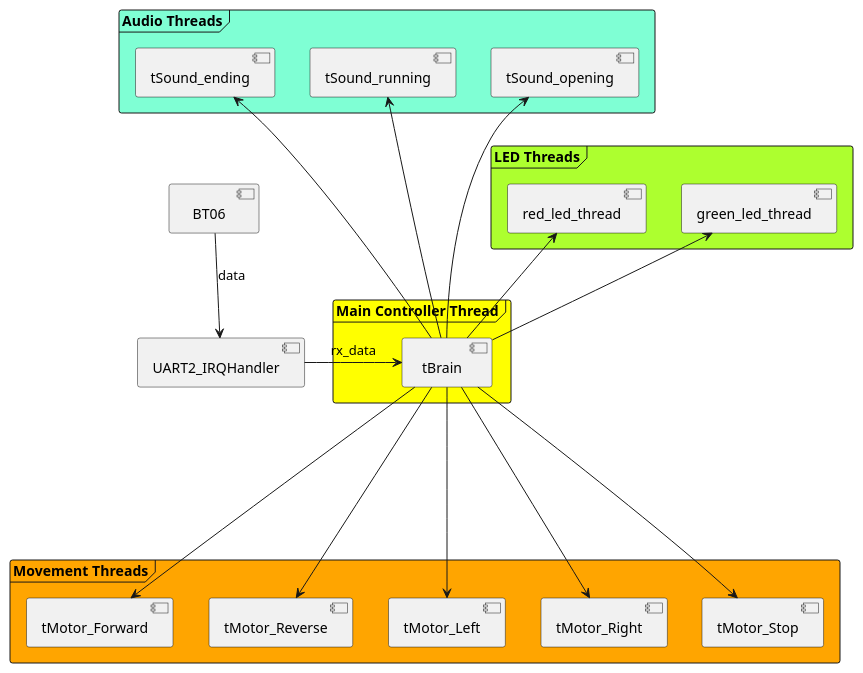
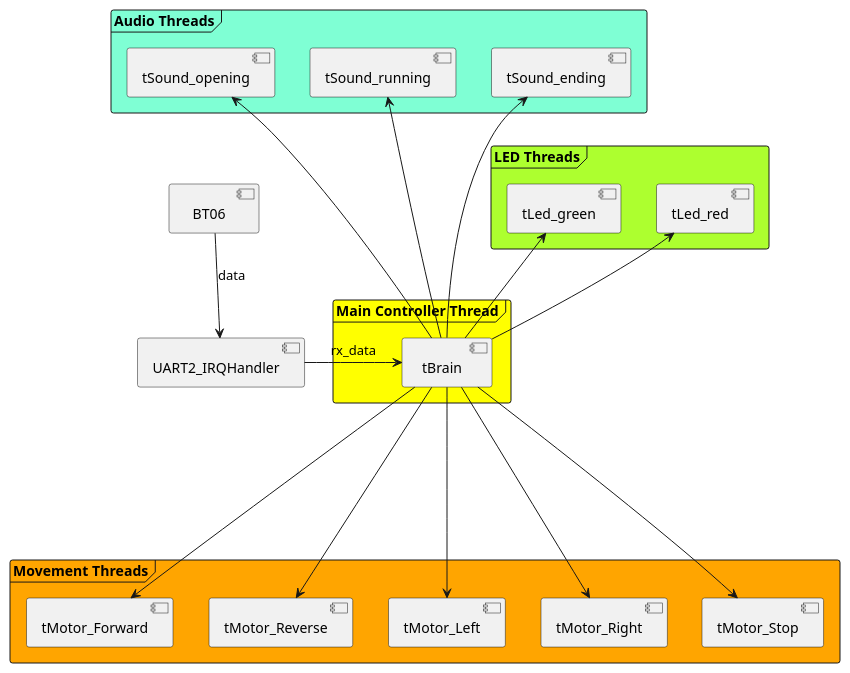
The diagram in diagram/architecture.puml (tienkhoa16/cg2271-project), drawn with PlantUML before and after one commit. The commit also changed 1 other file, not shown here.

Commit message:
Update diagram

```diff
--- a/diagram/architecture.puml
+++ b/diagram/architecture.puml
@@ -1,37 +1,37 @@
 @startuml
 skinparam MinClassWidth 50
 skinparam ParticipantPadding 10
 skinparam Shadowing false
 skinparam DefaultTextAlignment center
 skinparam BackgroundColor #FFFFFFF
 skinparam packageStyle Frame
 skinparam Actor {
     BorderColor navy
 }
 
 [BT06] --> [UART2_IRQHandler] : data
 
 package "Main Controller Thread" #yellow {
     [UART2_IRQHandler] -right-> [tBrain] : rx_data
 }
 
 package "Movement Threads" #orange {
     [tBrain] ----> [tMotor_Forward]
     [tBrain] ----> [tMotor_Reverse]
     [tBrain] ----> [tMotor_Left]
     [tBrain] ----> [tMotor_Right]
     [tBrain] ----> [tMotor_Stop]
 }
 
 package "Audio Threads" #aquamarine {
+    [tBrain] -up--> [tSound_ending]
+    [tBrain] -up--> [tSound_running]
     [tBrain] -up--> [tSound_opening]
-    [tBrain] -up--> [tSound_running]
-    [tBrain] -up--> [tSound_ending]
 }
 
 package "LED Threads" #greenyellow{
-    [tBrain] -u-> [green_led_thread]
-    [tBrain] -u-> [red_led_thread]
+    [tBrain] -u-> [tLed_red]
+    [tBrain] -u-> [tLed_green]
 }
 
 @enduml
```
